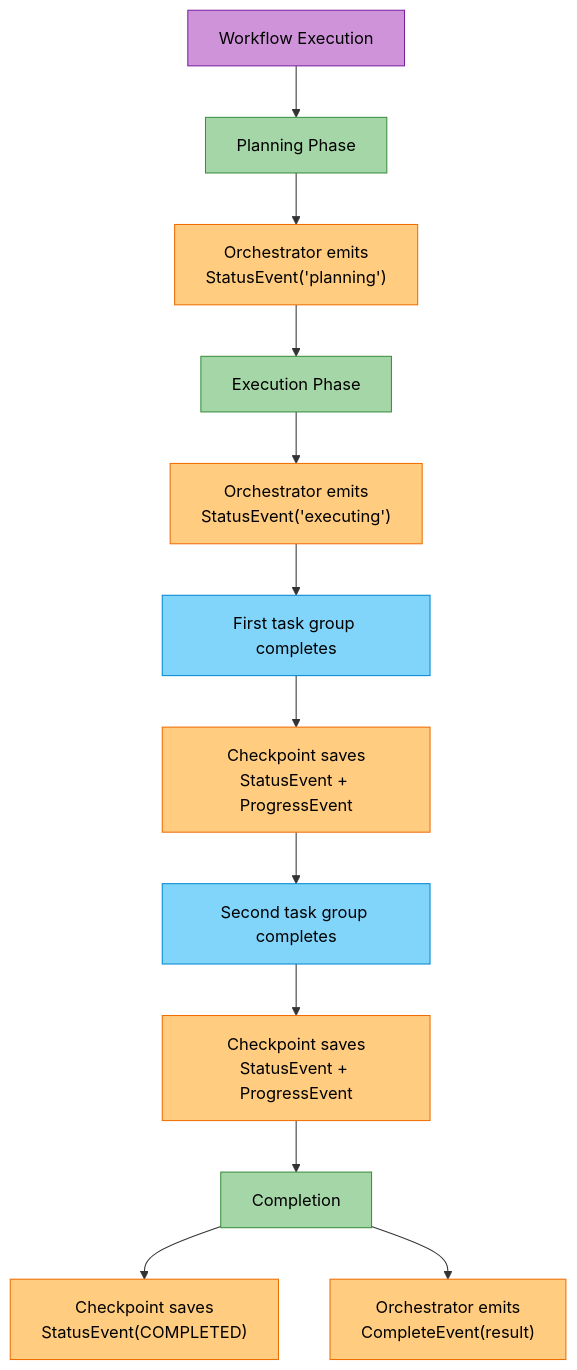
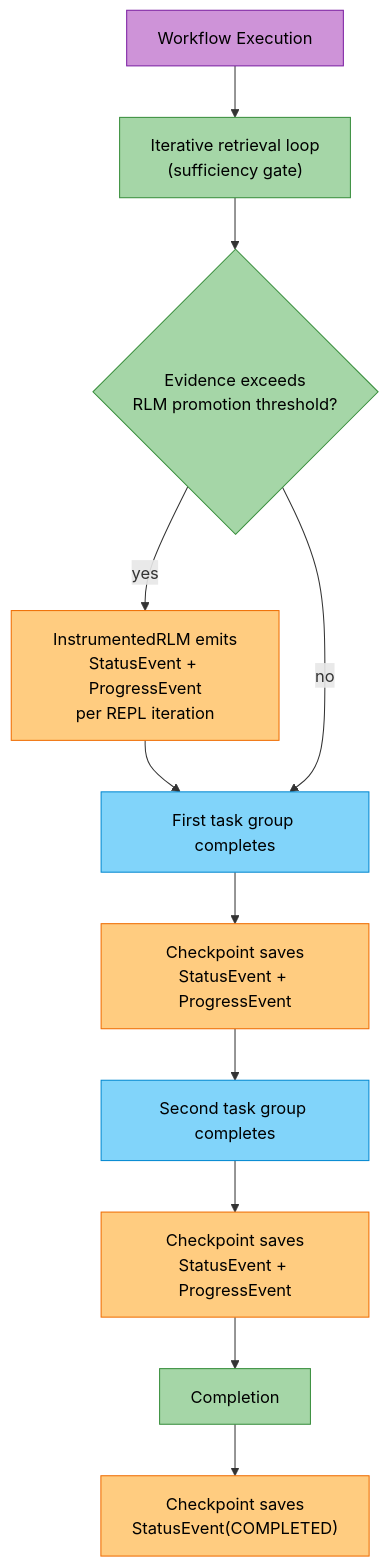
One commit to amit-jain/cogniverse changed the second of 2 diagrams in docs/modules/events.md. Above: the diagram before and after it, drawn with Mermaid. The commit also changed other lines of this file and 50 other files, not shown here.

First line of the commit message:
Complete and verify docs against code with mermaid palette

````diff
--- a/docs/modules/events.md
+++ b/docs/modules/events.md
@@ -323,45 +383,39 @@
 ```mermaid
 flowchart TD
     Start["<span style='color:#000'>Workflow Execution</span>"]
 
-    Planning["<span style='color:#000'>Planning Phase</span>"]
-    PlanningEvent["<span style='color:#000'>Orchestrator emits<br/>StatusEvent('planning')</span>"]
-
-    Execution["<span style='color:#000'>Execution Phase</span>"]
-    ExecutionEvent["<span style='color:#000'>Orchestrator emits<br/>StatusEvent('executing')</span>"]
+    Iteration["<span style='color:#000'>Iterative retrieval loop<br/>(sufficiency gate)</span>"]
+    RLMPromotion{"<span style='color:#000'>Evidence exceeds<br/>RLM promotion threshold?</span>"}
+    RLMEvent["<span style='color:#000'>InstrumentedRLM emits<br/>StatusEvent + ProgressEvent<br/>per REPL iteration</span>"]
 
     TaskGroup1["<span style='color:#000'>First task group completes</span>"]
     TaskGroup1Event["<span style='color:#000'>Checkpoint saves<br/>StatusEvent + ProgressEvent</span>"]
 
     TaskGroup2["<span style='color:#000'>Second task group completes</span>"]
     TaskGroup2Event["<span style='color:#000'>Checkpoint saves<br/>StatusEvent + ProgressEvent</span>"]
 
     Completion["<span style='color:#000'>Completion</span>"]
     CompletionEvent1["<span style='color:#000'>Checkpoint saves<br/>StatusEvent(COMPLETED)</span>"]
-    CompletionEvent2["<span style='color:#000'>Orchestrator emits<br/>CompleteEvent(result)</span>"]
 
-    Start --> Planning
-    Planning --> PlanningEvent
-    PlanningEvent --> Execution
-    Execution --> ExecutionEvent
-    ExecutionEvent --> TaskGroup1
+    Start --> Iteration
+    Iteration --> RLMPromotion
+    RLMPromotion -- "yes" --> RLMEvent
+    RLMEvent --> TaskGroup1
+    RLMPromotion -- "no" --> TaskGroup1
     TaskGroup1 --> TaskGroup1Event
     TaskGroup1Event --> TaskGroup2
     TaskGroup2 --> TaskGroup2Event
     TaskGroup2Event --> Completion
     Completion --> CompletionEvent1
-    Completion --> CompletionEvent2
 
     style Start fill:#ce93d8,stroke:#7b1fa2,color:#000
-    style Planning fill:#a5d6a7,stroke:#388e3c,color:#000
-    style PlanningEvent fill:#ffcc80,stroke:#ef6c00,color:#000
-    style Execution fill:#a5d6a7,stroke:#388e3c,color:#000
-    style ExecutionEvent fill:#ffcc80,stroke:#ef6c00,color:#000
+    style Iteration fill:#a5d6a7,stroke:#388e3c,color:#000
+    style RLMPromotion fill:#a5d6a7,stroke:#388e3c,color:#000
+    style RLMEvent fill:#ffcc80,stroke:#ef6c00,color:#000
     style TaskGroup1 fill:#81d4fa,stroke:#0288d1,color:#000
     style TaskGroup1Event fill:#ffcc80,stroke:#ef6c00,color:#000
     style TaskGroup2 fill:#81d4fa,stroke:#0288d1,color:#000
     style TaskGroup2Event fill:#ffcc80,stroke:#ef6c00,color:#000
     style Completion fill:#a5d6a7,stroke:#388e3c,color:#000
     style CompletionEvent1 fill:#ffcc80,stroke:#ef6c00,color:#000
-    style CompletionEvent2 fill:#ffcc80,stroke:#ef6c00,color:#000
 ```
````
